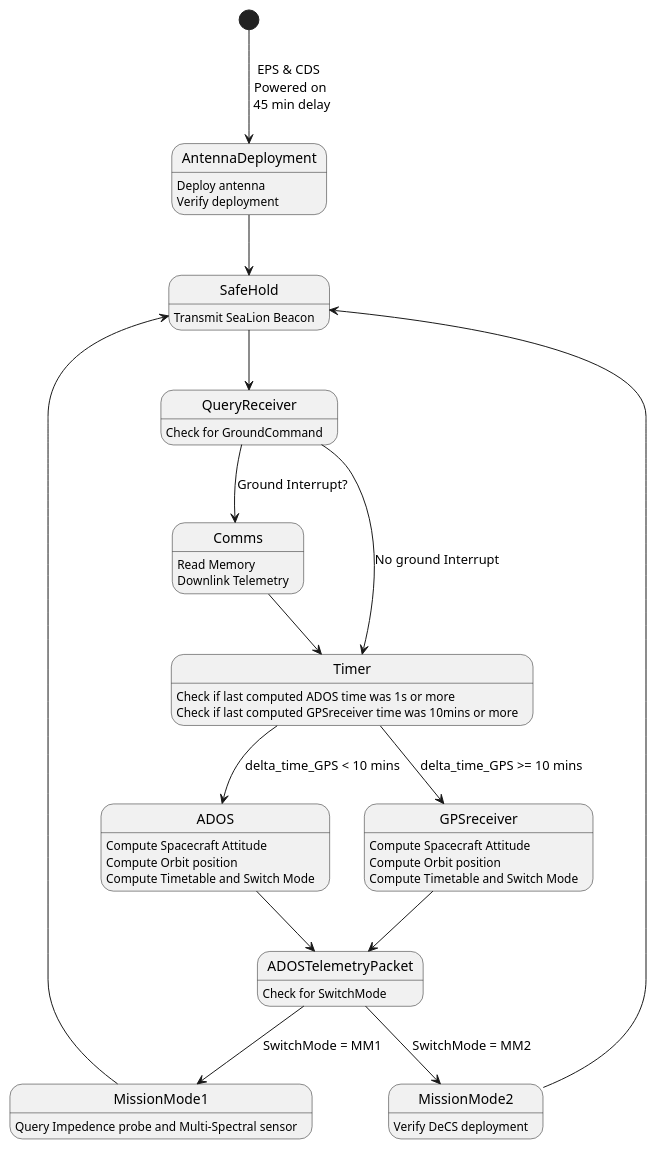
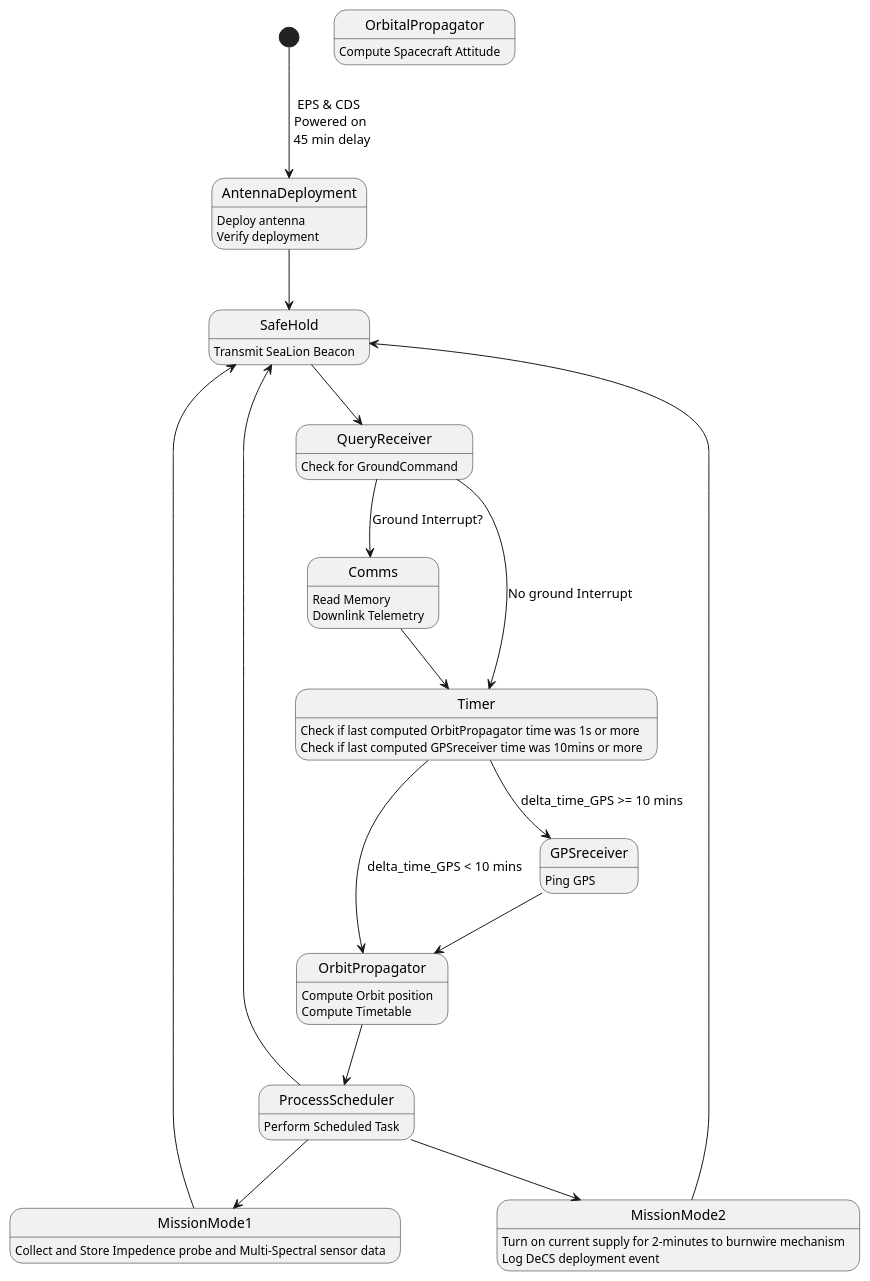
One commit to ODU-CGA-CubeSat/FSW changed the diagram in fsw-architecture/operating-mode-as-fsm.puml. Above: the diagram before and after it, drawn with PlantUML.

Commit message:
Update operating-mode-as-fsm.puml
Edited the orbit propagator
Added process scheduler
edited the description for MM1, MM2, GPS Receiver

```diff
--- a/fsw-architecture/operating-mode-as-fsm.puml
+++ b/fsw-architecture/operating-mode-as-fsm.puml
@@ -1,45 +1,45 @@
 @startuml
 
 state AntennaDeployment
       AntennaDeployment : Deploy antenna
       AntennaDeployment : Verify deployment
 state SafeHold
       SafeHold : Transmit SeaLion Beacon 
 state QueryReceiver
       QueryReceiver : Check for GroundCommand
 state Comms
       Comms : Read Memory
       Comms : Downlink Telemetry 
 state Timer
-      Timer : Check if last computed ADOS time was 1s or more
+      Timer : Check if last computed OrbitPropagator time was 1s or more
       Timer : Check if last computed GPSreceiver time was 10mins or more
 state MissionMode1
-      MissionMode1 : Query Impedence probe and Multi-Spectral sensor
+      MissionMode1 : Collect and Store Impedence probe and Multi-Spectral sensor data 
 state MissionMode2
-      MissionMode2 : Verify DeCS deployment
-state ADOSTelemetryPacket
-      ADOSTelemetryPacket : Check for SwitchMode
-state ADOS 
-      ADOS : Compute Spacecraft Attitude
-      ADOS : Compute Orbit position
-      ADOS : Compute Timetable and Switch Mode
+      MissionMode2 : Turn on current supply for 2-minutes to burnwire mechanism 
+      MissionMode2 : Log DeCS deployment event 
+state ProcessScheduler
+      ProcessScheduler : Perform Scheduled Task
+state OrbitPropagator 
+      OrbitalPropagator : Compute Spacecraft Attitude
+      OrbitPropagator : Compute Orbit position
+      OrbitPropagator : Compute Timetable
 state GPSreceiver 
-      GPSreceiver : Compute Spacecraft Attitude
-      GPSreceiver : Compute Orbit position
-      GPSreceiver : Compute Timetable and Switch Mode
+      GPSreceiver : Ping GPS
 
 [*] --> AntennaDeployment : EPS & CDS \n Powered on \n 45 min delay
 AntennaDeployment --> SafeHold
 SafeHold --> QueryReceiver
 QueryReceiver --> Comms : Ground Interrupt?
 QueryReceiver --> Timer : No ground Interrupt
 Comms --> Timer
 MissionMode1 --> SafeHold
 MissionMode2 --> SafeHold
-ADOSTelemetryPacket --> MissionMode1 : SwitchMode = MM1
-ADOSTelemetryPacket --> MissionMode2 : SwitchMode = MM2
-ADOS --> ADOSTelemetryPacket
-Timer  --> ADOS : delta_time_GPS < 10 mins
+ProcessScheduler --> SafeHold
+ProcessScheduler --> MissionMode1 
+ProcessScheduler --> MissionMode2 
+OrbitPropagator --> ProcessScheduler
+Timer  --> OrbitPropagator : delta_time_GPS < 10 mins
 Timer --> GPSreceiver : delta_time_GPS >= 10 mins
-GPSreceiver --> ADOSTelemetryPacket
+GPSreceiver --> OrbitPropagator
 @enduml
```
